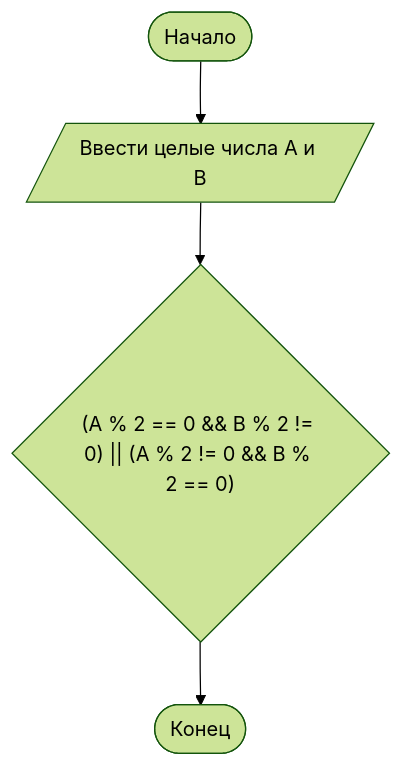
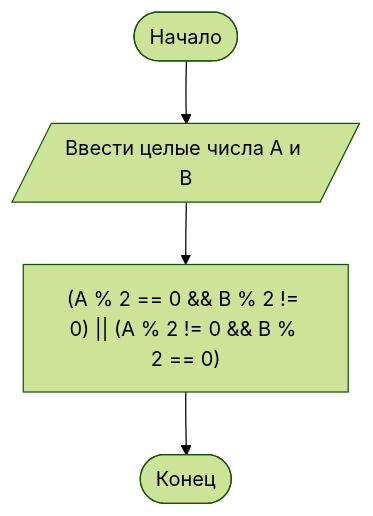
The diagram in README.md (Lendic42/lava4), drawn with Mermaid (forest theme) before and after one commit.

````diff
--- a/README.md
+++ b/README.md
@@ -22,7 +22,7 @@
 ```mermaid
 flowchart TD
     A([Начало]) --> B[/Ввести целые числа A и B/]
-    B --> D{"(A % 2 == 0 && B % 2 != 0) || (A % 2 != 0 && B % 2 == 0)"}
+    B --> D["(A % 2 == 0 && B % 2 != 0) || (A % 2 != 0 && B % 2 == 0)"]
     D --> F([Конец])
     
 ```
````
